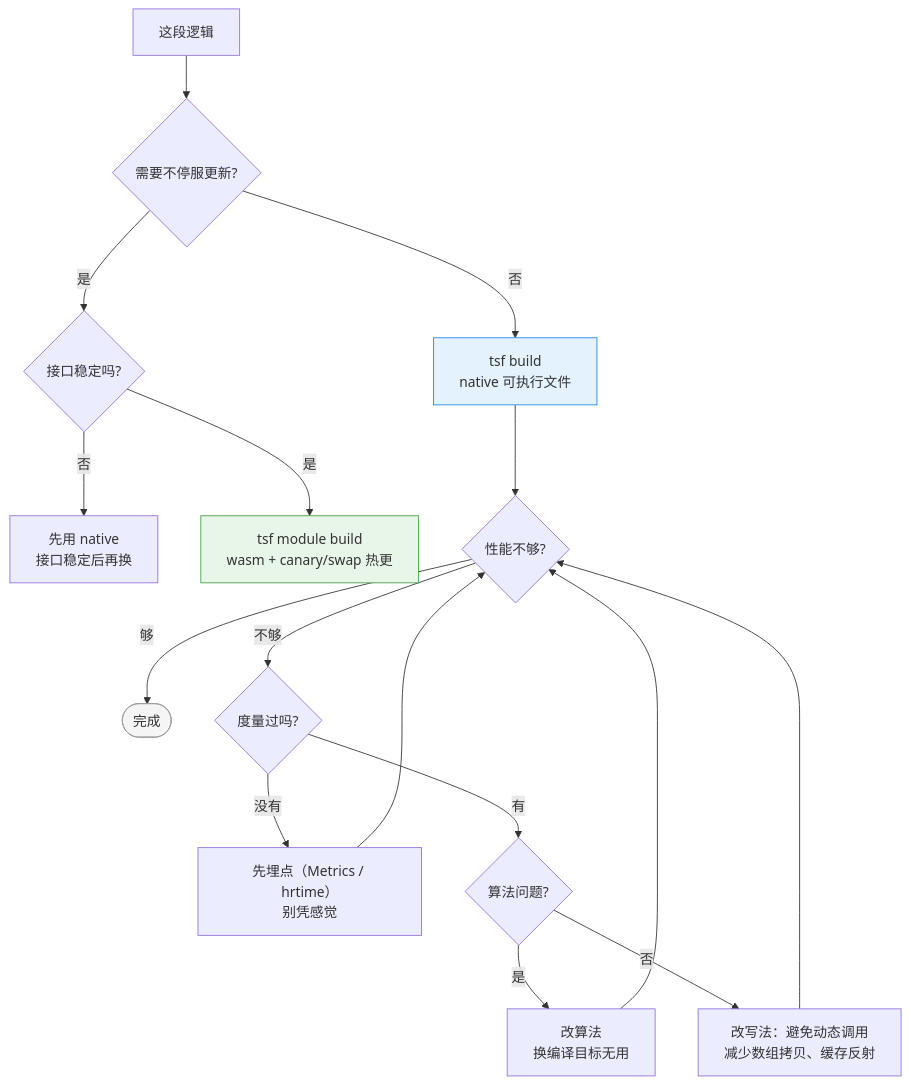
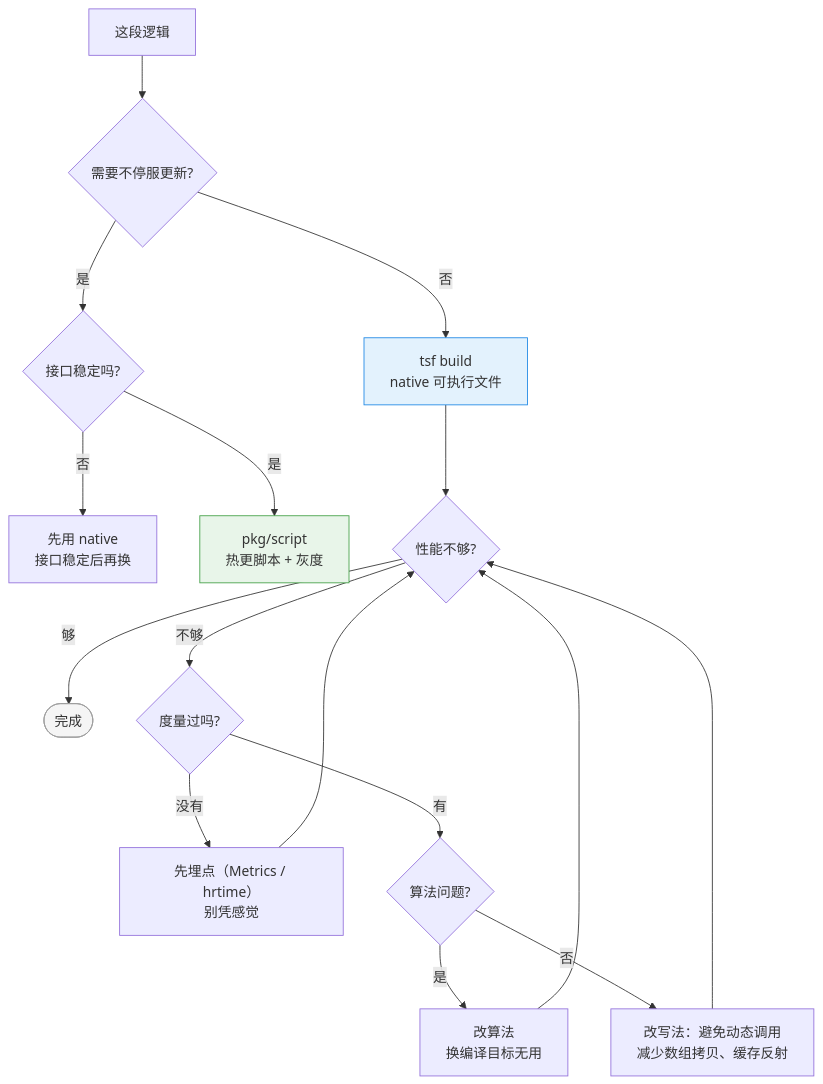
One commit to hhr0815hhr/TypeServer changed the diagram in docs/guide/README.md. Above: the diagram before and after it, drawn with Mermaid. The commit also changed other lines of this file and 48 other files, not shown here.

First line of the commit message:
refactor: 移除全部 wasm 内容（路线废弃，改用 pkg/script）

````diff
--- a/docs/guide/README.md
+++ b/docs/guide/README.md
@@ -42,27 +41,27 @@
 ```mermaid
 flowchart TD
     A[这段逻辑] --> B{需要不停服更新?}
 
     B -->|是| C{接口稳定吗?}
     B -->|否| D["tsf build<br/>native 可执行文件"]
 
     C -->|否| E["先用 native<br/>接口稳定后再换"]
-    C -->|是| F["tsf module build<br/>wasm + canary/swap 热更"]
+    C -->|是| F["pkg/script<br/>热更脚本 + 灰度"]
 
     D --> G{性能不够?}
     G -->|够| H([完成])
     G -->|不够| I{度量过吗?}
 
     I -->|没有| J["先埋点（Metrics / hrtime）<br/>别凭感觉"]
     J --> G
     I -->|有| K{算法问题?}
 
     K -->|是| L["改算法<br/>换编译目标无用"]
     L --> G
     K -->|否| M["改写法：避免动态调用<br/>减少数组拷贝、缓存反射"]
     M --> G
 
     style F fill:#e8f5e9,stroke:#43a047
     style D fill:#e3f2fd,stroke:#1e88e5
     style H fill:#f5f5f5,stroke:#9e9e9e
 ```
````
